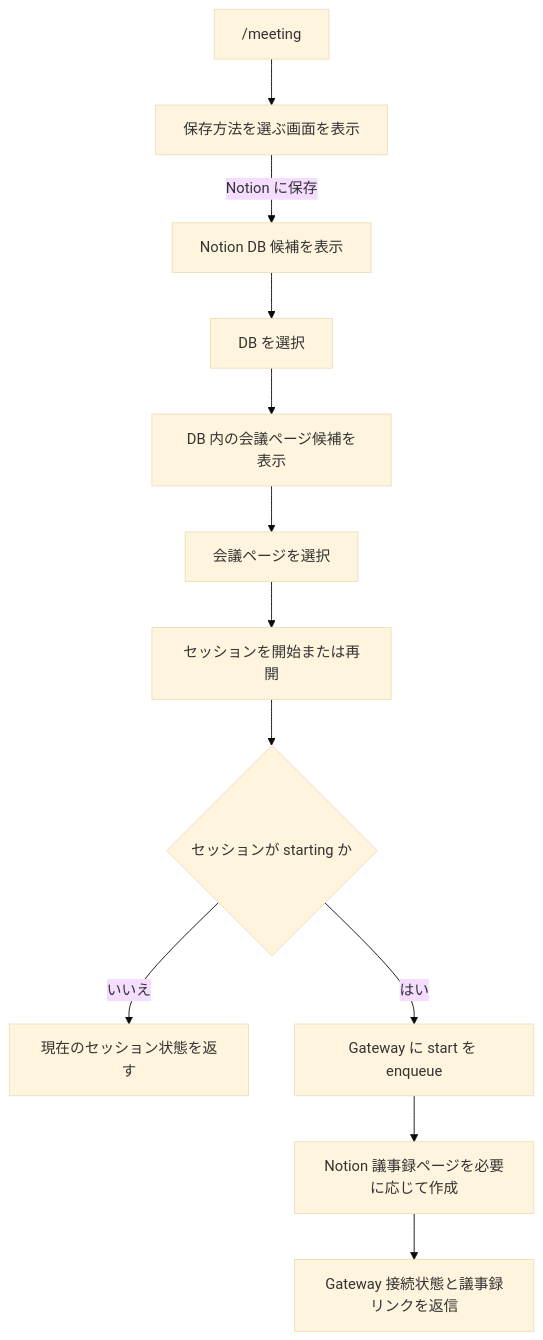
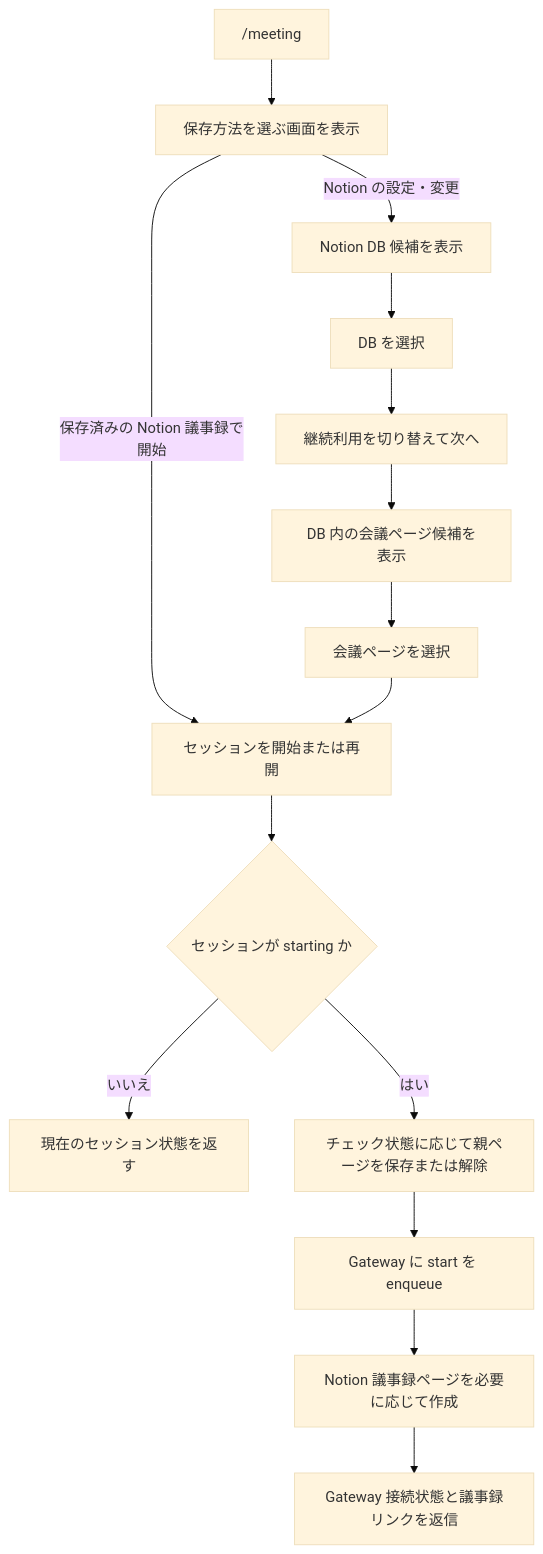
One commit to tuatmcc/ai-meeting-minutes-bot changed the second of 2 diagrams in docs/discord-interaction-flows.md. Above: the diagram before and after it, drawn with Mermaid (base theme). The commit also changed other lines of this file and 6 other files, not shown here.

````diff
--- a/docs/discord-interaction-flows.md
+++ b/docs/discord-interaction-flows.md
@@ -32,14 +35,17 @@
 ```mermaid
 flowchart TD
     A["/meeting"] --> B["保存方法を選ぶ画面を表示"]
-    B -->|Notion に保存| D["Notion DB 候補を表示"]
+    B -->|保存済みの Notion 議事録で開始| H["保存済み親ページでセッションを開始"]
+    B -->|Notion の設定・変更| D["Notion DB 候補を表示"]
     D --> E["DB を選択"]
-    E --> F["DB 内の会議ページ候補を表示"]
-    F --> G["会議ページを選択"]
-    G --> H["セッションを開始または再開"]
-    H --> I{"セッションが starting か"}
-    I -->|いいえ| Z["現在のセッション状態を返す"]
-    I -->|はい| J["Gateway に start を enqueue"]
-    J --> K["Notion 議事録ページを必要に応じて作成"]
-    K --> L["Gateway 接続状態と議事録リンクを返信"]
+    E --> F["継続利用を切り替えて次へ"]
+    F --> G["DB 内の会議ページ候補を表示"]
+    G --> I["会議ページを選択"]
+    I --> H["セッションを開始または再開"]
+    H --> J{"セッションが starting か"}
+    J -->|いいえ| Z["現在のセッション状態を返す"]
+    J -->|はい| K["チェック状態に応じて親ページを保存または解除"]
+    K --> L["Gateway に start を enqueue"]
+    L --> M["Notion 議事録ページを必要に応じて作成"]
+    M --> N["Gateway 接続状態と議事録リンクを返信"]
 ```
````
